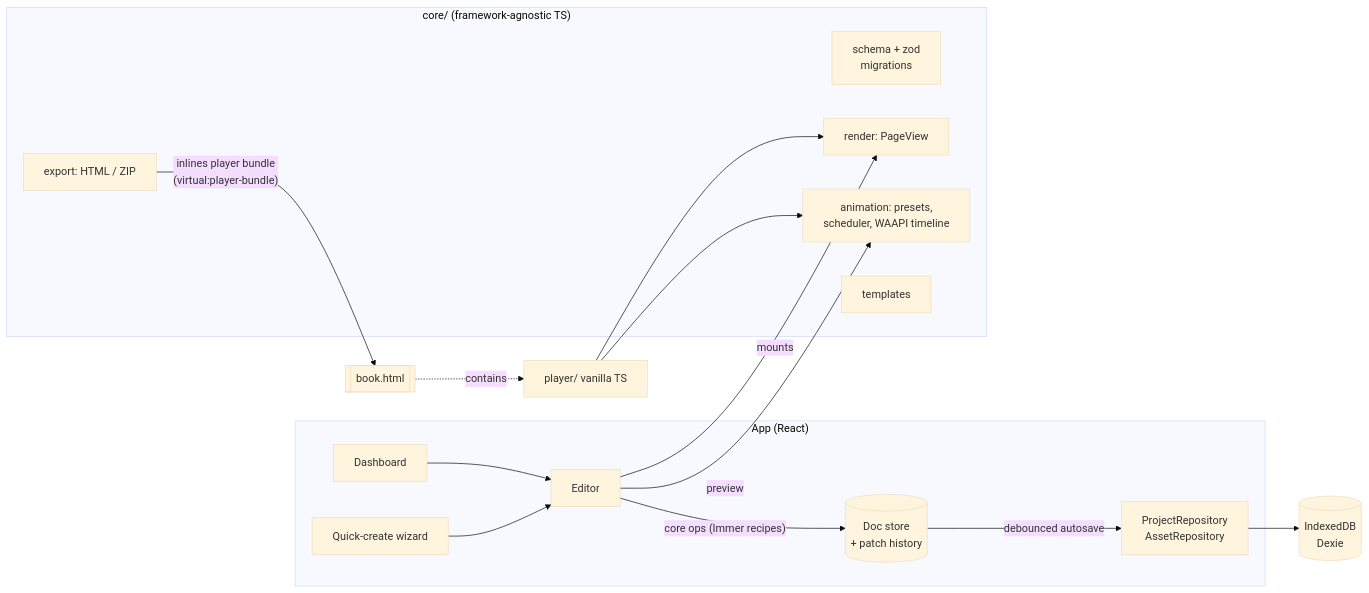
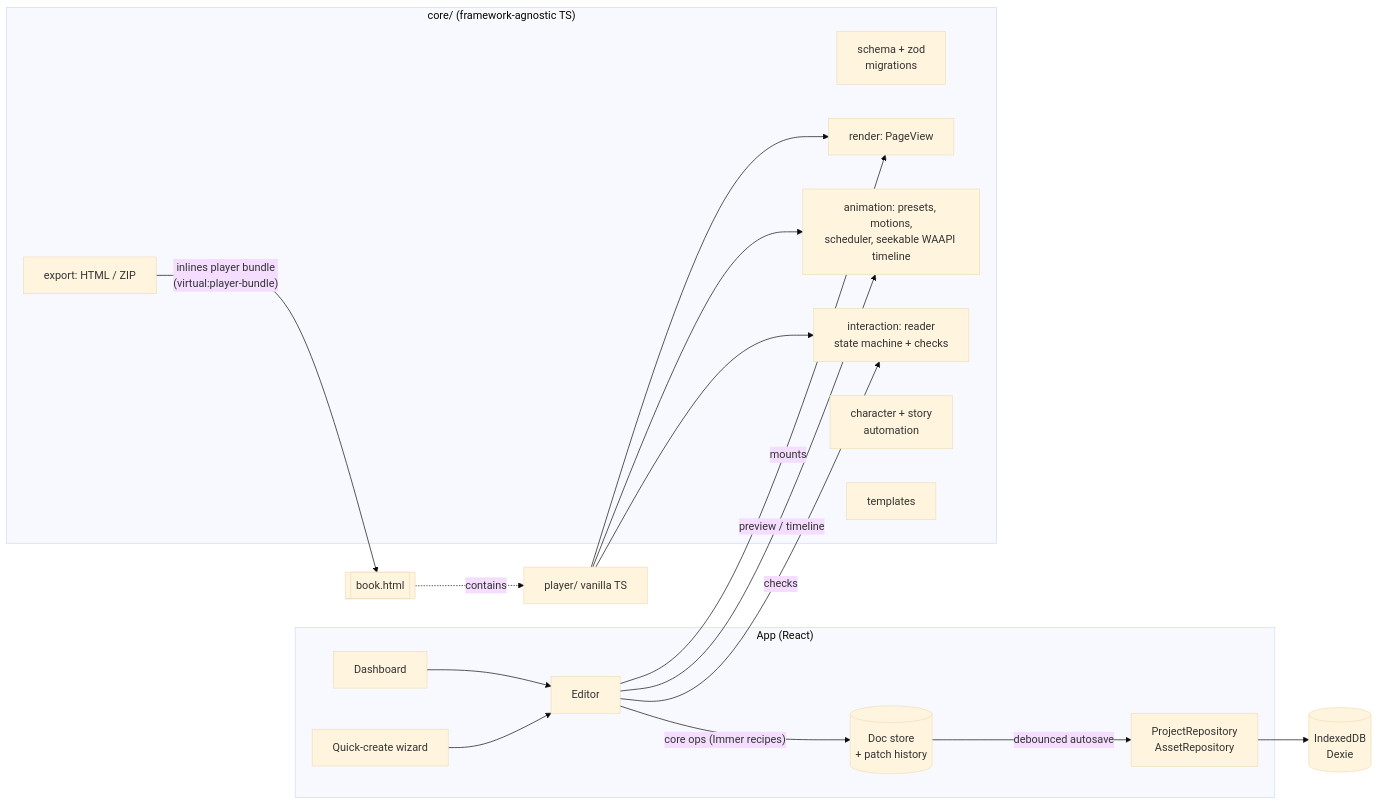
The diagram in README.md (makheyl/ebook-maker), drawn with Mermaid (base theme) before and after one commit. The commit also changed other lines of this file and 17 other files, not shown here.

````diff
--- a/README.md
+++ b/README.md
@@ -93,25 +123,29 @@
 ```mermaid
 flowchart LR
   subgraph App["App (React)"]
     D[Dashboard] --> E[Editor]
     W[Quick-create wizard] --> E
     E -- "core ops (Immer recipes)" --> S[(Doc store<br/>+ patch history)]
     S -- debounced autosave --> R[ProjectRepository<br/>AssetRepository]
   end
   R --> IDB[(IndexedDB<br/>Dexie)]
 
   subgraph Core["core/ (framework-agnostic TS)"]
     SC[schema + zod<br/>migrations]
     RN[render: PageView]
-    AN[animation: presets,<br/>scheduler, WAAPI timeline]
+    AN[animation: presets, motions,<br/>scheduler, seekable WAAPI timeline]
+    IR[interaction: reader<br/>state machine + checks]
+    CH[character + story<br/>automation]
     TP[templates]
     EX[export: HTML / ZIP]
   end
 
   E -- mounts --> RN
-  E -- preview --> AN
+  E -- preview / timeline --> AN
+  E -- checks --> IR
   P[player/ vanilla TS] --> RN
   P --> AN
+  P --> IR
   EX -- "inlines player bundle<br/>(virtual:player-bundle)" --> HTML[[book.html]]
   HTML -. contains .-> P
 ```
````
